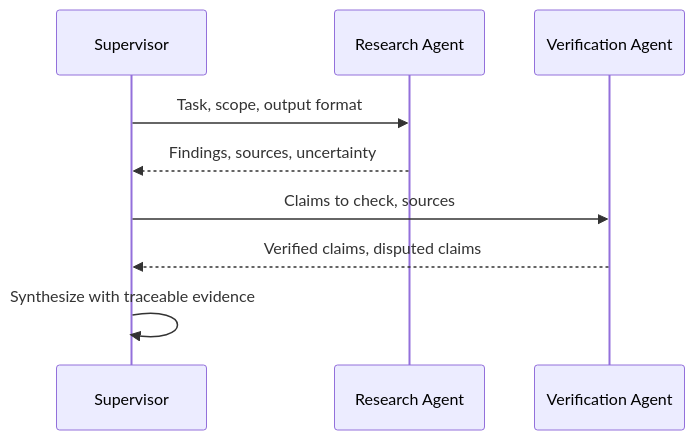
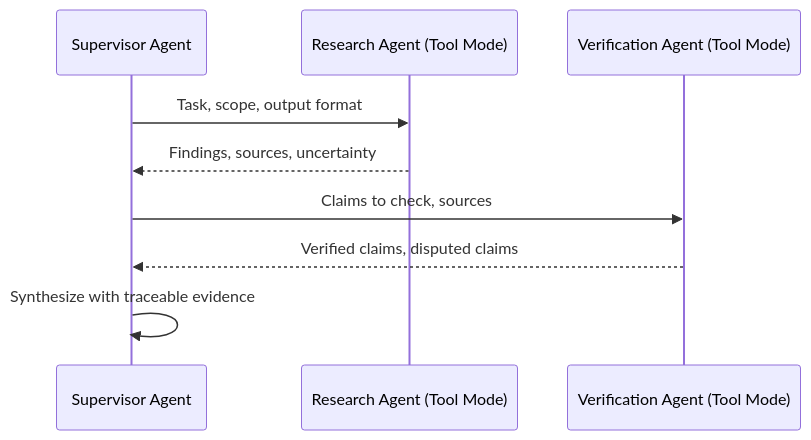
One commit to naren-allam/agents-beginners changed the fourth of 12 diagrams in book/chapters/chapter-03-multi-agent-systems-and-collaboration.md. Above: the diagram before and after it, drawn with Mermaid. The commit also changed other lines of this file and 28 other files, not shown here.

````diff
--- a/book/chapters/chapter-03-multi-agent-systems-and-collaboration.md
+++ b/book/chapters/chapter-03-multi-agent-systems-and-collaboration.md
@@ -98,11 +100,11 @@
 ```mermaid
 sequenceDiagram
-    participant S as Supervisor
-    participant R as Research Agent
-    participant V as Verification Agent
+    participant S as Supervisor Agent
+    participant R as Research Agent (Tool Mode)
+    participant V as Verification Agent (Tool Mode)
     S->>R: Task, scope, output format
     R-->>S: Findings, sources, uncertainty
     S->>V: Claims to check, sources
     V-->>S: Verified claims, disputed claims
     S->>S: Synthesize with traceable evidence
 ```
````
